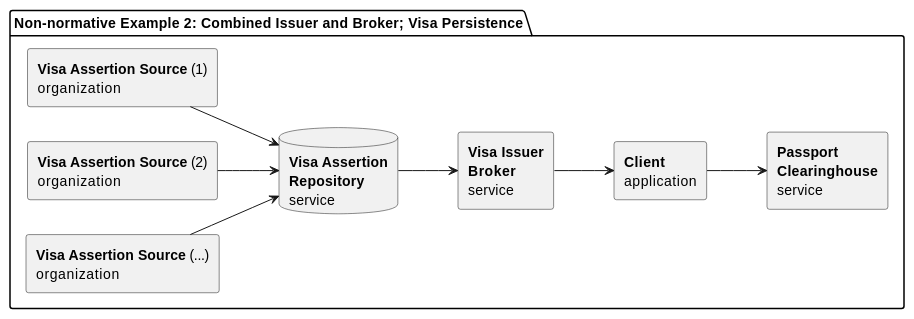
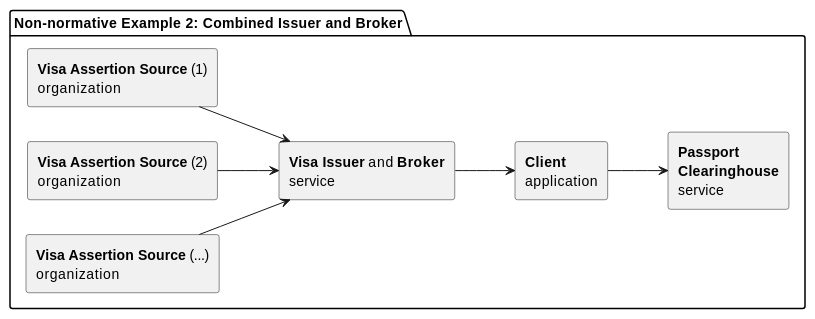
The fourth of 5 diagrams in AAI/AAIConnectProfile.md (ga4gh/data-security), drawn with PlantUML before and after one commit. The commit also changed other lines of this file, not shown here.

Commit message:
remove discussion; edit visa assertion source

```diff
--- a/AAI/AAIConnectProfile.md
+++ b/AAI/AAIConnectProfile.md
@@ -509,25 +400,22 @@
 @startuml
 skinparam componentStyle rectangle
 left to right direction
 
-package "Non-normative Example 2: Combined Issuer and Broker; Visa Persistence" {
+package "Non-normative Example 2: Combined Issuer and Broker" {
 
 component "<b>Visa Assertion Source</b> (1)\norganization" as VisaSource1
 component "<b>Visa Assertion Source</b> (2)\norganization" as VisaSource2
 component "<b>Visa Assertion Source</b> (...)\norganization" as VisaSourceN
 
-database "<b>Visa Assertion</b>\n<b>Repository</b>\nservice" as VisaRepository
-
-component "<b>Visa Issuer</b>\n<b>Broker</b>\nservice" as Broker
+component "<b>Visa Issuer</b> and <b>Broker</b>\nservice" as Broker
 component "<b>Client</b>\napplication" as Client
 component "<b>Passport</b>\n<b>Clearinghouse</b>\nservice" as ClearingHouse
 }
 
-VisaSource1 --> VisaRepository 
-VisaSource2 --> VisaRepository 
-VisaSourceN --> VisaRepository 
-VisaRepository --> Broker 
+VisaSource1 --> Broker 
+VisaSource2 --> Broker 
+VisaSourceN --> Broker
 Broker --> Client 
 Client --> ClearingHouse
 
 @enduml
```
